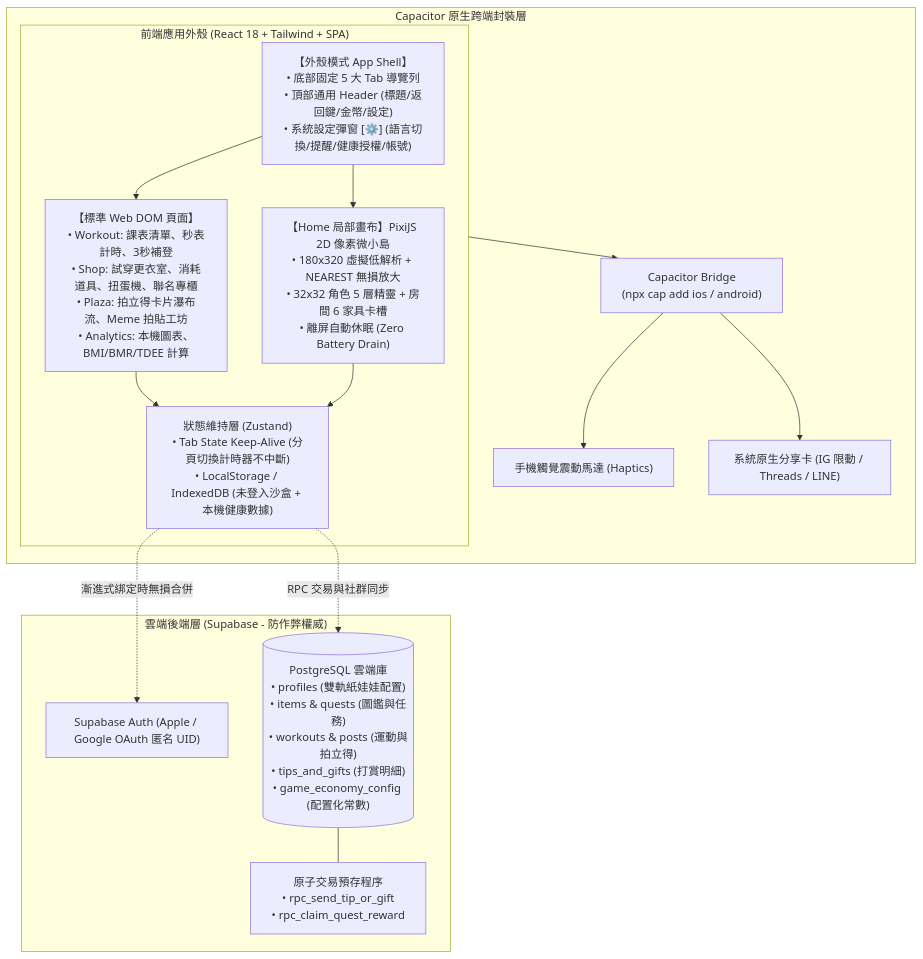
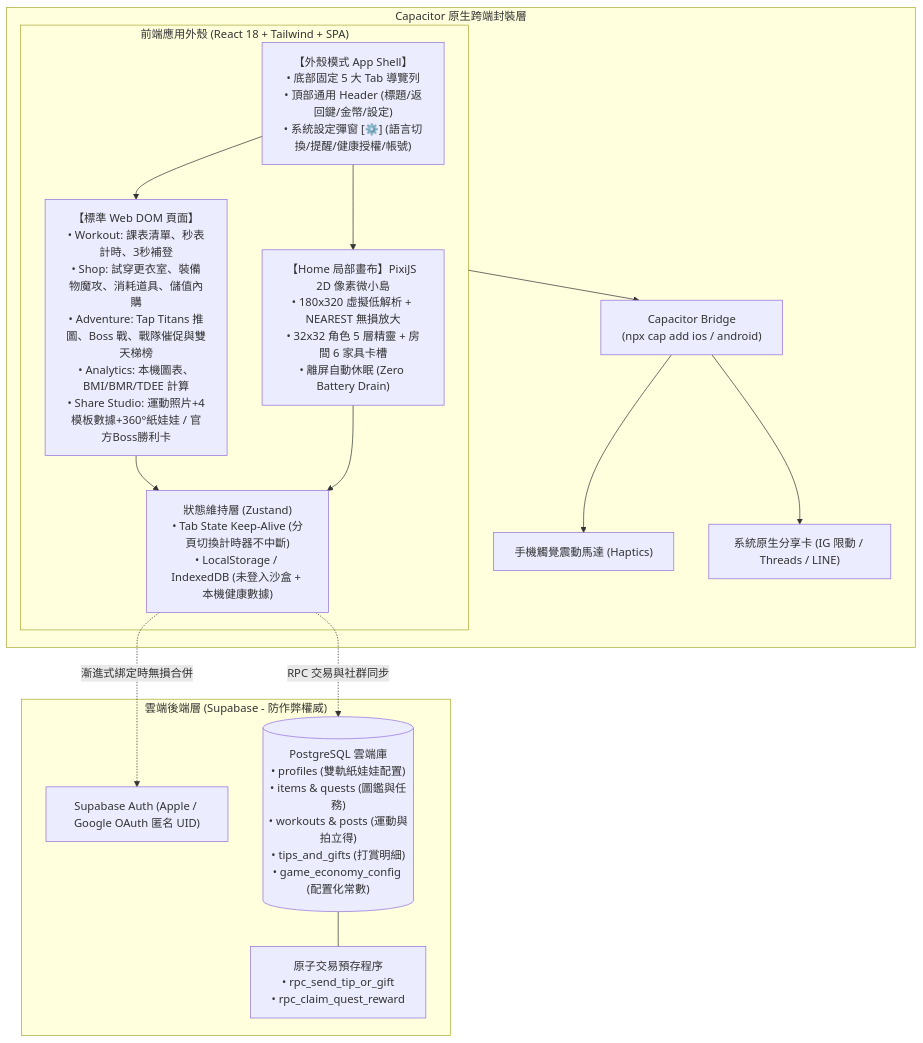
One commit to yuchienw/Fitmon changed the diagram in llm-wiki/wiki/tech_architecture.md. Above: the diagram before and after it, drawn with Mermaid. The commit also changed other lines of this file and 3 other files, not shown here.

Commit message:
docs(wiki): align wiki docs with dual-context share studio, UI/UX Pro Max, and PROJECT_STATE

````diff
--- a/llm-wiki/wiki/tech_architecture.md
+++ b/llm-wiki/wiki/tech_architecture.md
@@ -49,37 +50,37 @@
 ```mermaid
 flowchart TB
     subgraph Client ["前端應用外殼 (React 18 + Tailwind + SPA)"]
         AppShell["【外殼模式 App Shell】\n• 底部固定 5 大 Tab 導覽列\n• 頂部通用 Header (標題/返回鍵/金幣/設定)\n• 系統設定彈窗 [⚙️] (語言切換/提醒/健康授權/帳號)"]
         
         EmbeddedCanvas["【Home 局部畫布】PixiJS 2D 像素微小島\n• 180x320 虛擬低解析 + NEAREST 無損放大\n• 32x32 角色 5 層精靈 + 房間 6 家具卡槽\n• 離屏自動休眠 (Zero Battery Drain)"]
         
-        DOMPages["【標準 Web DOM 頁面】\n• Workout: 課表清單、秒表計時、3秒補登\n• Shop: 試穿更衣室、消耗道具、扭蛋機、聯名專櫃\n• Plaza: 拍立得卡片瀑布流、Meme 拍貼工坊\n• Analytics: 本機圖表、BMI/BMR/TDEE 計算"]
+        DOMPages["【標準 Web DOM 頁面】\n• Workout: 課表清單、秒表計時、3秒補登\n• Shop: 試穿更衣室、裝備物魔攻、消耗道具、儲值內購\n• Adventure: Tap Titans 推圖、Boss 戰、戰隊催促與雙天梯榜\n• Analytics: 本機圖表、BMI/BMR/TDEE 計算\n• Share Studio: 運動照片+4模板數據+360°紙娃娃 / 官方Boss勝利卡"]
 
         StateLayer["狀態維持層 (Zustand)\n• Tab State Keep-Alive (分頁切換計時器不中斷)\n• LocalStorage / IndexedDB (未登入沙盒 + 本機健康數據)"]
 
         AppShell --> DOMPages
         AppShell --> EmbeddedCanvas
         DOMPages --> StateLayer
         EmbeddedCanvas --> StateLayer
     end
 
     subgraph NativeWrapper ["Capacitor 原生跨端封裝層"]
         Capacitor["Capacitor Bridge\n(npx cap add ios / android)"]
         Haptics["手機觸覺震動馬達 (Haptics)"]
         SharePlugin["系統原生分享卡 (IG 限動 / Threads / LINE)"]
         
         Client --> Capacitor
         Capacitor --> Haptics
         Capacitor --> SharePlugin
     end
 
     subgraph Cloud ["雲端後端層 (Supabase - 防作弊權威)"]
         Auth["Supabase Auth (Apple / Google OAuth 匿名 UID)"]
         DB[("PostgreSQL 雲端庫\n• profiles (雙軌紙娃娃配置)\n• items & quests (圖鑑與任務)\n• workouts & posts (運動與拍立得)\n• tips_and_gifts (打賞明細)\n• game_economy_config (配置化常數)")]
         RPC["原子交易預存程序\n• rpc_send_tip_or_gift\n• rpc_claim_quest_reward"]
 
         StateLayer -.->|"漸進式綁定時無損合併"| Auth
         StateLayer -.->|"RPC 交易與社群同步"| DB
         DB --- RPC
     end
 ```
````
